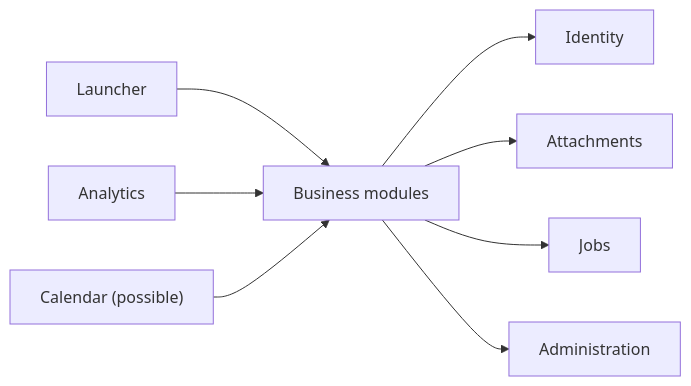
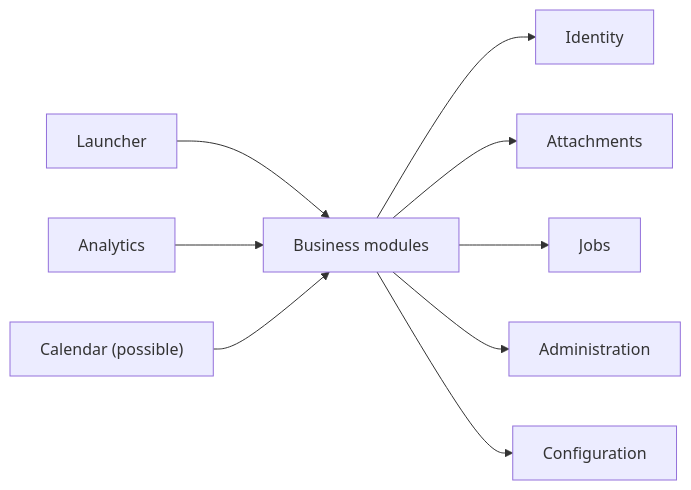
The diagram in Segaris/docs/architecture/domain-organization.md (carlubian/Armali.Platform), drawn with Mermaid before and after one commit. The commit also changed other lines of this file and 119 other files, not shown here.

````diff
--- a/Segaris/docs/architecture/domain-organization.md
+++ b/Segaris/docs/architecture/domain-organization.md
@@ -118,19 +143,21 @@
 ```mermaid
 graph LR
     Identity["Identity"]
     Attachments["Attachments"]
     Jobs["Jobs"]
     Administration["Administration"]
+    Configuration["Configuration"]
     Launcher["Launcher"]
     Domains["Business modules"]
     Analytics["Analytics"]
     Calendar["Calendar (possible)"]
 
     Domains --> Identity
     Domains --> Attachments
     Domains --> Jobs
     Domains --> Administration
+    Domains --> Configuration
     Launcher --> Domains
     Analytics --> Domains
     Calendar --> Domains
 ```
````
